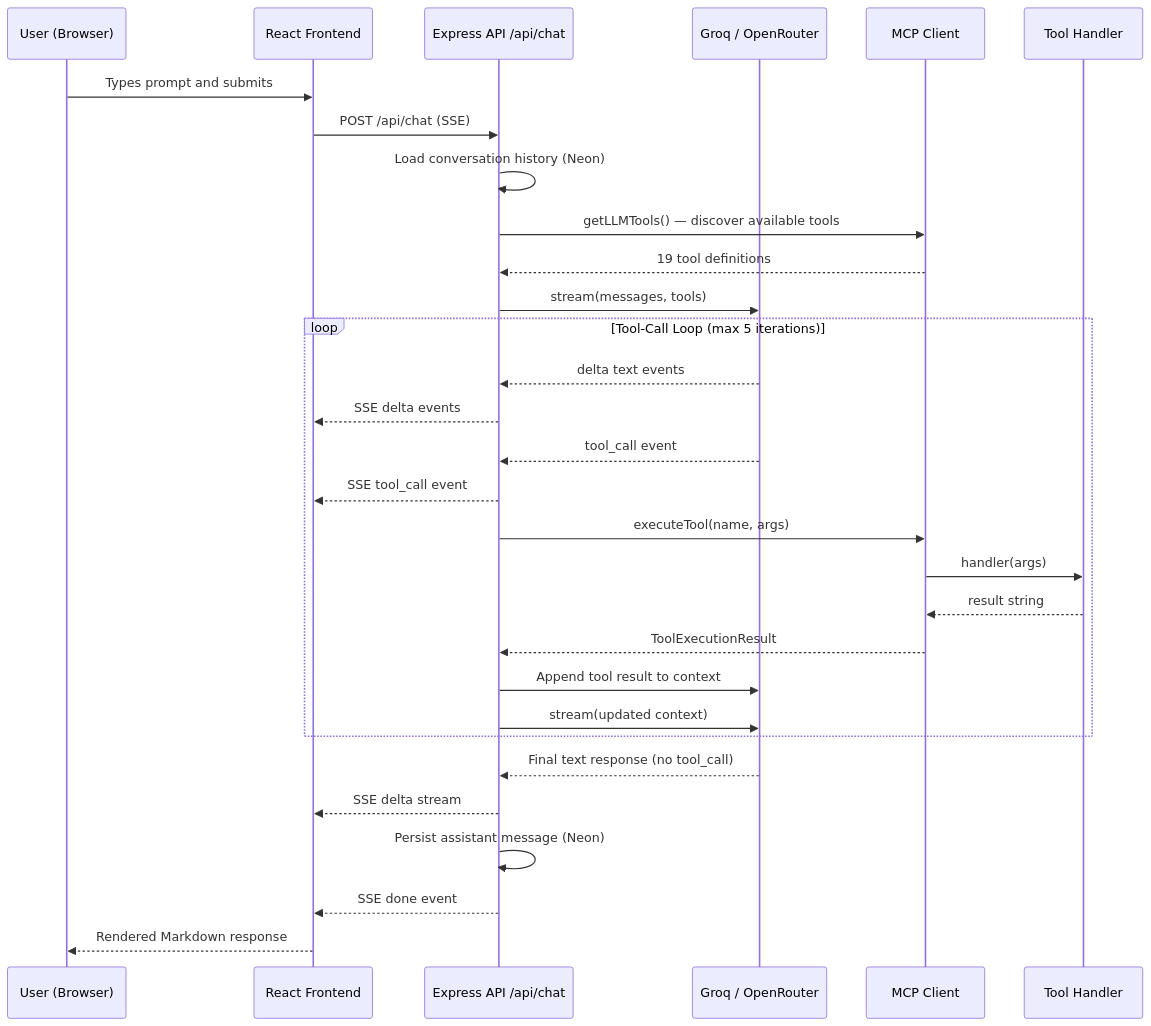
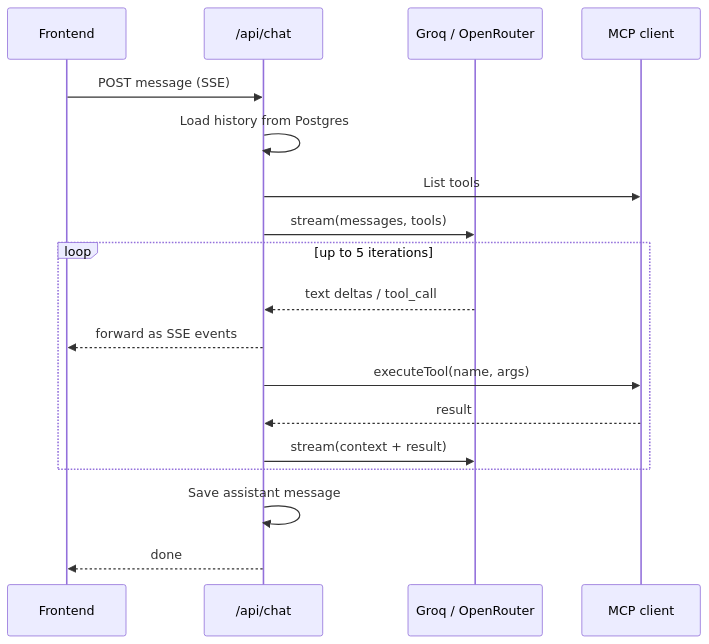
Before and after one commit to shivam7-gif/Karma: the second of 2 diagrams in README.md, drawn with Mermaid. The commit also changed other lines of this file, not shown here.

````diff
--- a/README.md
+++ b/README.md
@@ -183,35 +123,21 @@
 ```mermaid
 sequenceDiagram
-    participant U as User (Browser)
-    participant FE as React Frontend
-    participant API as Express API /api/chat
+    participant FE as Frontend
+    participant API as /api/chat
     participant LLM as Groq / OpenRouter
-    participant MCP as MCP Client
-    participant Tool as Tool Handler
+    participant MCP as MCP client
 
-    U->>FE: Types prompt and submits
-    FE->>API: POST /api/chat (SSE)
-    API->>API: Load conversation history (Neon)
-    API->>MCP: getLLMTools() — discover available tools
-    MCP-->>API: 19 tool definitions
+    FE->>API: POST message (SSE)
+    API->>API: Load history from Postgres
+    API->>MCP: List tools
     API->>LLM: stream(messages, tools)
-
-    loop Tool-Call Loop (max 5 iterations)
-        LLM-->>API: delta text events
-        API-->>FE: SSE delta events
-        LLM-->>API: tool_call event
-        API-->>FE: SSE tool_call event
+    loop up to 5 iterations
+        LLM-->>API: text deltas / tool_call
+        API-->>FE: forward as SSE events
         API->>MCP: executeTool(name, args)
-        MCP->>Tool: handler(args)
-        Tool-->>MCP: result string
-        MCP-->>API: ToolExecutionResult
-        API->>LLM: Append tool result to context
-        API->>LLM: stream(updated context)
+        MCP-->>API: result
+        API->>LLM: stream(context + result)
     end
-
-    LLM-->>API: Final text response (no tool_call)
-    API-->>FE: SSE delta stream
-    API->>API: Persist assistant message (Neon)
-    API-->>FE: SSE done event
-    FE-->>U: Rendered Markdown response
+    API->>API: Save assistant message
+    API-->>FE: done
 ```
````
